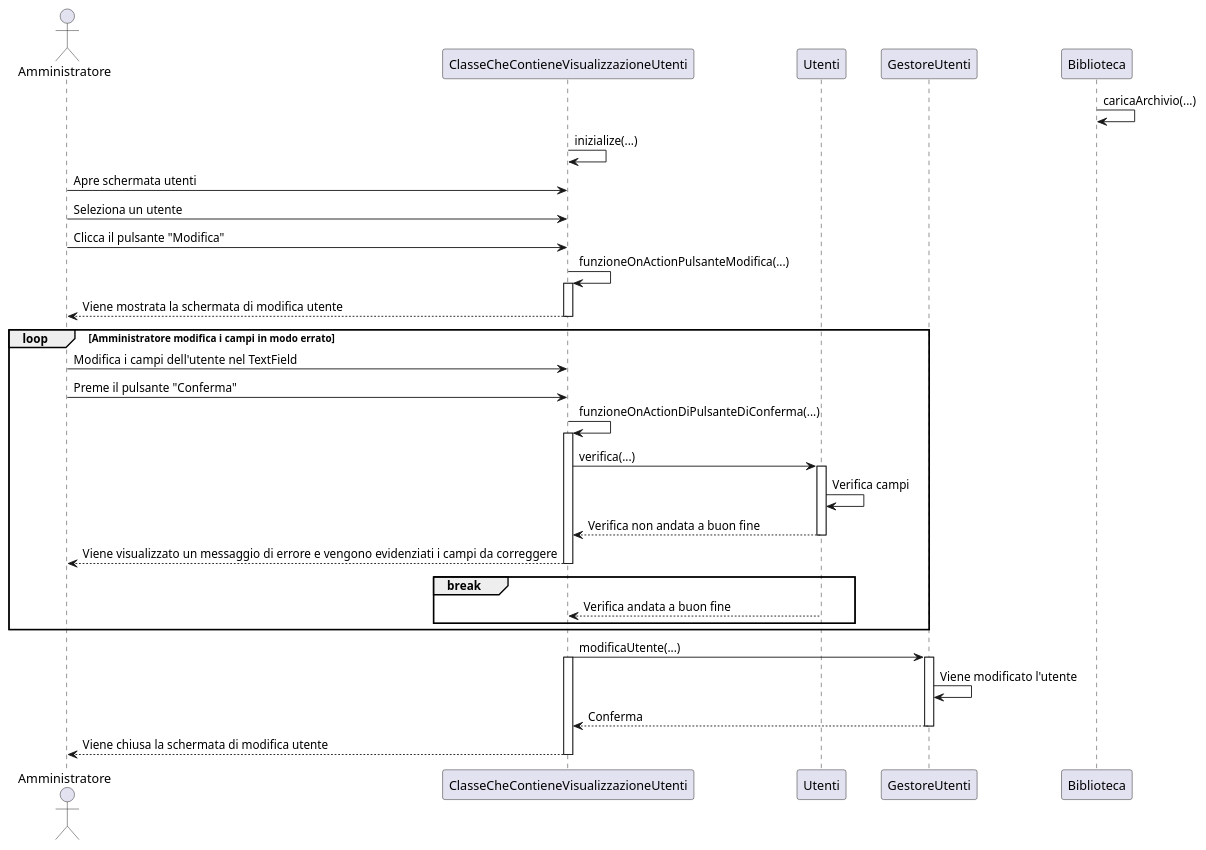
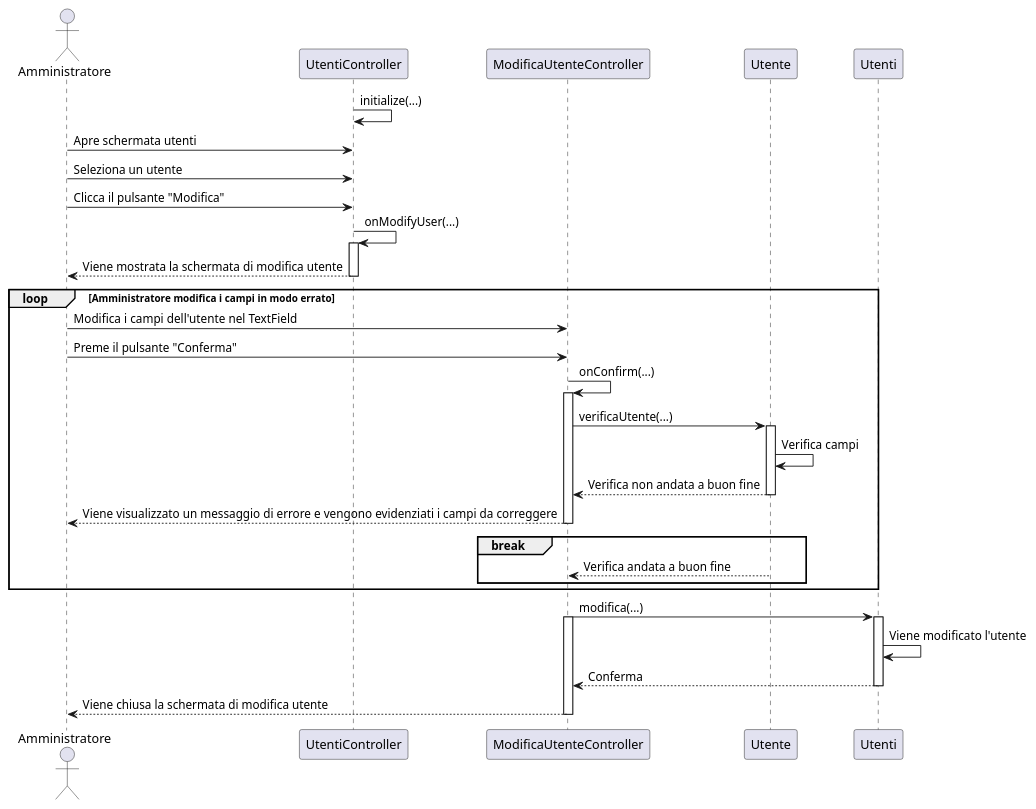
One commit to TitanVoid/ProgSE-Biblioteca changed the diagram in documents/DiagrammiUML/DiagrammiDiSequenza/diagrammaC8ModificaUtente.puml. Above: the diagram before and after it, drawn with PlantUML. The commit also changed 21 other files, not shown here.

Commit message:
Aggiornamento diagrammi di sequenza

```diff
--- a/documents/DiagrammiUML/DiagrammiDiSequenza/diagrammaC8ModificaUtente.puml
+++ b/documents/DiagrammiUML/DiagrammiDiSequenza/diagrammaC8ModificaUtente.puml
@@ -1,48 +1,47 @@
 @startuml
 
 	actor Amministratore as a
-	participant ClasseCheContieneVisualizzazioneUtenti as cvu
-	participant Utenti as u
-	participant GestoreUtenti as gu
-	participant Biblioteca as b
+	participant UtentiController as cvu
+	participant ModificaUtenteController as muc
+	participant Utente as u
+	participant Utenti as gu
 
-	b->b: caricaArchivio(...)
-	cvu->cvu: inizialize(...)
+	cvu->cvu: initialize(...)
 	a->cvu: Apre schermata utenti
 	a->cvu: Seleziona un utente
 	
 	a->cvu: Clicca il pulsante "Modifica"
-	cvu->cvu: funzioneOnActionPulsanteModifica(...)
+	cvu->cvu: onModifyUser(...)
 	activate cvu
 		cvu --> "a": Viene mostrata la schermata di modifica utente
 	deactivate cvu
 
 	'Amministratore modifica i campi in modo errato
 	loop Amministratore modifica i campi in modo errato
-		a->cvu: Modifica i campi dell'utente nel TextField
-		a->cvu: Preme il pulsante "Conferma"
-		cvu->cvu: funzioneOnActionDiPulsanteDiConferma(...)
-		activate cvu
-			cvu->u: verifica(...)
+		a->muc: Modifica i campi dell'utente nel TextField
+		a->muc: Preme il pulsante "Conferma"
+		muc->muc: onConfirm(...)
+		activate muc
+			muc->u: verificaUtente(...)
 			activate u
 				u->u: Verifica campi
-				u --> cvu: Verifica non andata a buon fine
+				u --> muc: Verifica non andata a buon fine
 			deactivate u
-		cvu-->a: Viene visualizzato un messaggio di errore e vengono evidenziati i campi da correggere
-		deactivate cvu
+		muc-->a: Viene visualizzato un messaggio di errore e vengono evidenziati i campi da correggere
+		deactivate muc
 		'Condizione di uscita dal loop
 		break
-			u-->cvu: Verifica andata a buon fine
+			u-->muc: Verifica andata a buon fine
 		end
 	end
 
-	cvu->gu: modificaUtente(...)
-	activate cvu
+	muc->gu: modifica(...)
+	activate muc
 		activate gu
 			gu->gu: Viene modificato l'utente
-			gu --> cvu: Conferma
+			gu --> muc: Conferma
 		deactivate gu
-	cvu --> a: Viene chiusa la schermata di modifica utente
-	deactivate cvu
+	muc --> a: Viene chiusa la schermata di modifica utente
+	deactivate muc
 	
 @enduml
```
